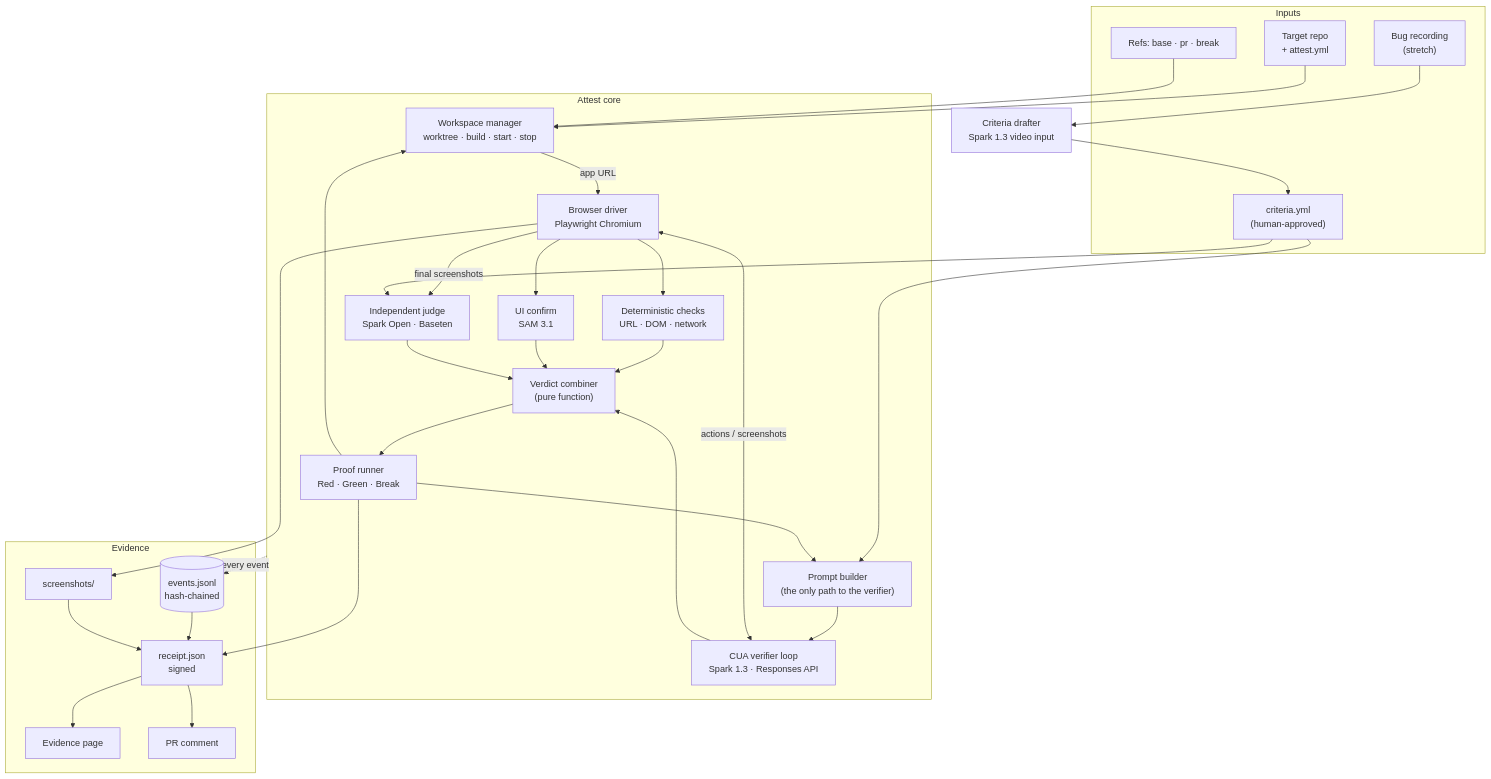
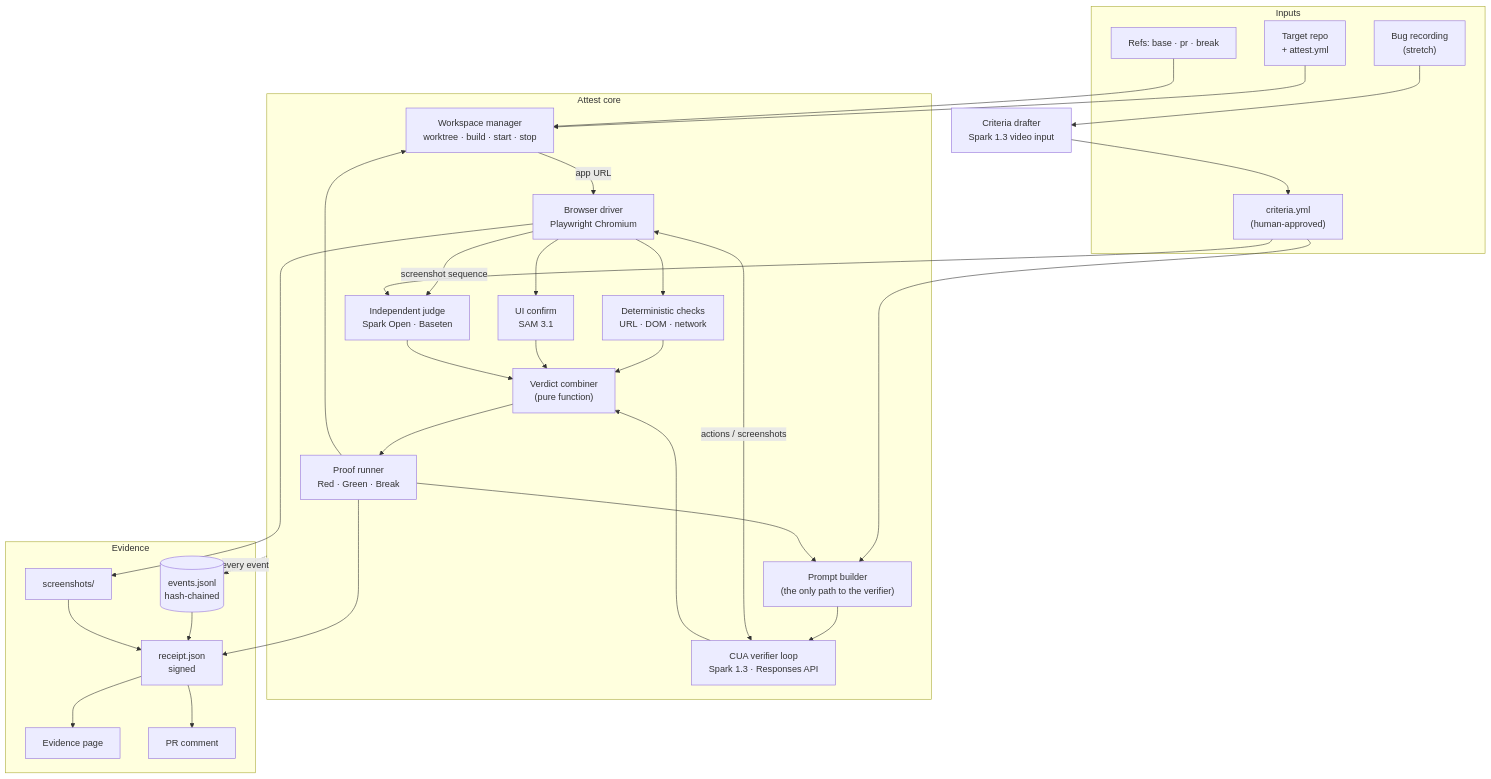
One commit to Master07/attest changed the first of 3 diagrams in docs/ARCHITECTURE.md. Above: the diagram before and after it, drawn with Mermaid. The commit also changed other lines of this file and 11 other files, not shown here.

````diff
--- a/docs/ARCHITECTURE.md
+++ b/docs/ARCHITECTURE.md
@@ -93,48 +93,48 @@
 ```mermaid
 flowchart TB
   subgraph IN["Inputs"]
     REPO["Target repo<br/>+ attest.yml"]
     REFS["Refs: base · pr · break"]
     CRIT["criteria.yml<br/>(human-approved)"]
     REC["Bug recording<br/>(stretch)"]
   end
 
   REC --> DRAFT["Criteria drafter<br/>Spark 1.3 video input"] --> CRIT
 
   subgraph CORE["Attest core"]
     PROOF["Proof runner<br/>Red · Green · Break"]
     WS["Workspace manager<br/>worktree · build · start · stop"]
     PB["Prompt builder<br/>(the only path to the verifier)"]
     CUA["CUA verifier loop<br/>Spark 1.3 · Responses API"]
     BR["Browser driver<br/>Playwright Chromium"]
     CHK["Deterministic checks<br/>URL · DOM · network"]
     SAM["UI confirm<br/>SAM 3.1"]
     JDG["Independent judge<br/>Spark Open · Baseten"]
     VERD["Verdict combiner<br/>(pure function)"]
   end
 
   subgraph OUT["Evidence"]
     LOG[("events.jsonl<br/>hash-chained")]
     RCPT["receipt.json<br/>signed"]
     SHOTS["screenshots/"]
     HTML["Evidence page"]
     PRC["PR comment"]
   end
 
   REPO & REFS --> WS
   CRIT --> PB
   PROOF --> WS
   WS -->|app URL| BR
   PROOF --> PB --> CUA
   CUA <-->|actions / screenshots| BR
   BR --> CHK
   BR --> SAM
-  BR -->|final screenshots| JDG
+  BR -->|screenshot sequence| JDG
   CRIT --> JDG
   CUA & CHK & SAM & JDG --> VERD --> PROOF
   CORE -.->|every event| LOG
   BR --> SHOTS
   PROOF --> RCPT
   LOG & SHOTS --> RCPT
   RCPT --> HTML & PRC
 ```
````
